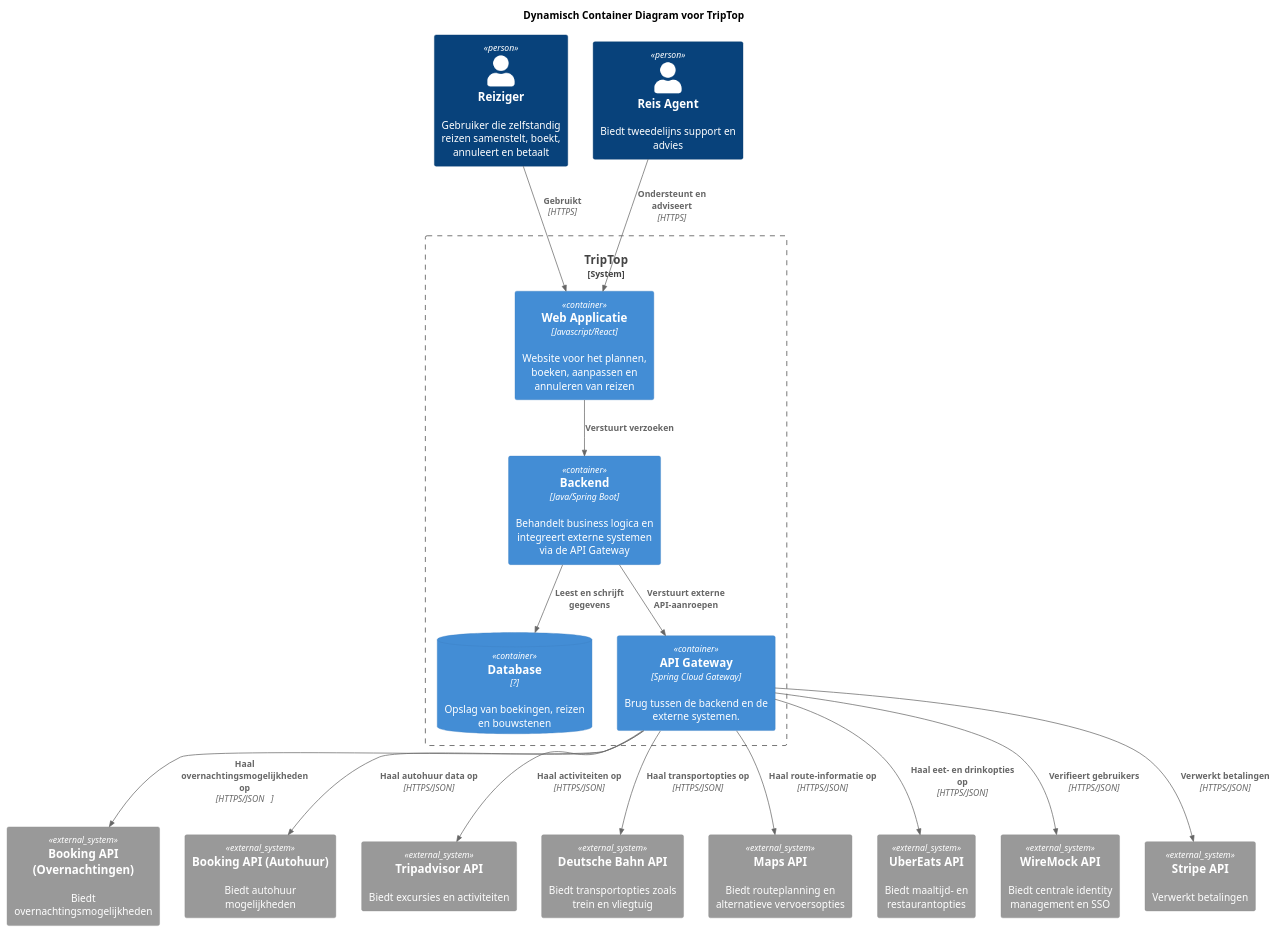
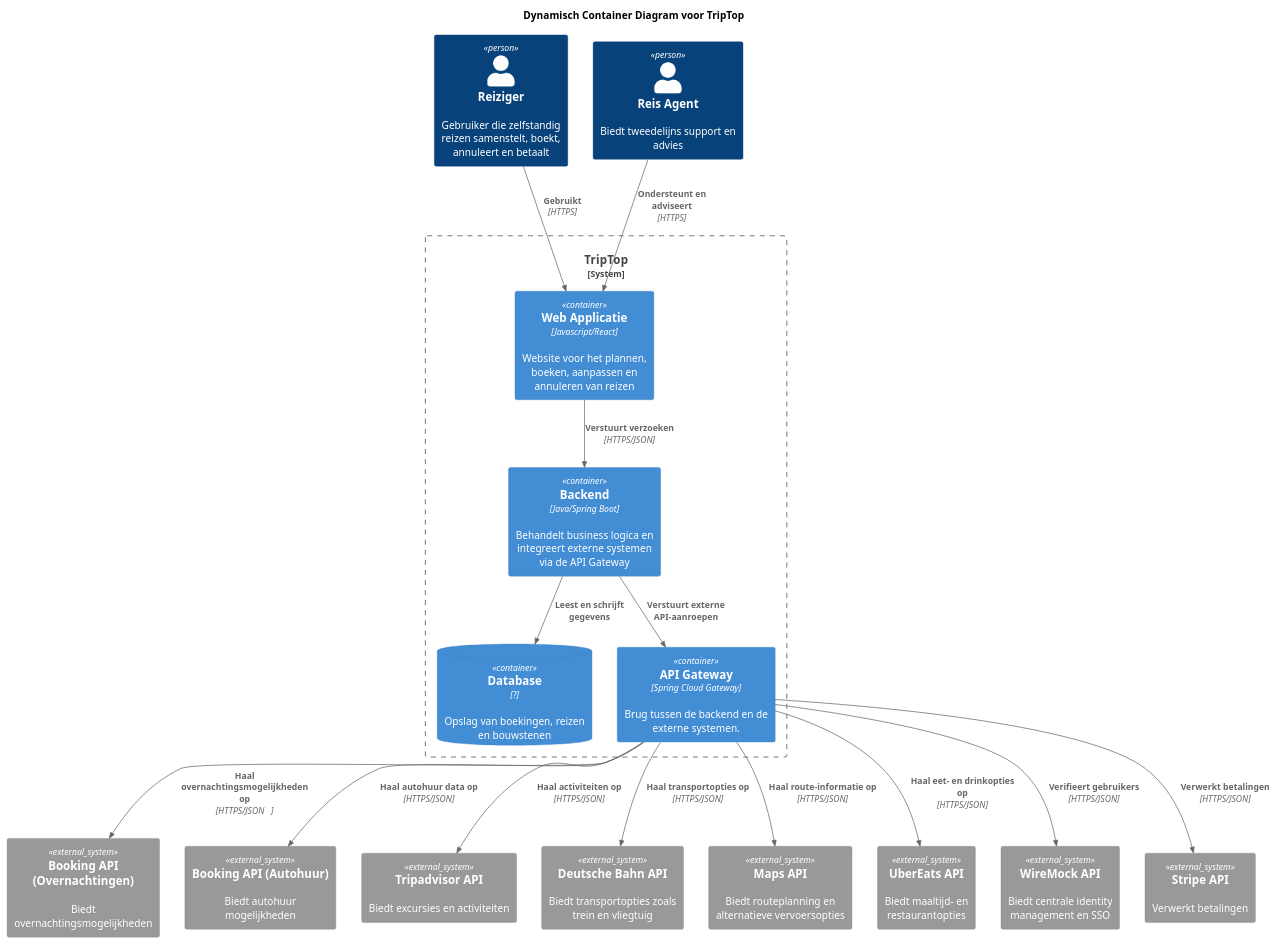
The diagram in software-guidebook/container-diagrammen/container-ahmed.puml (AIM-ENE-feb25/triptop-asas), drawn with PlantUML before and after one commit.

Commit message:
kleien fixes

```diff
--- a/software-guidebook/container-diagrammen/container-ahmed.puml
+++ b/software-guidebook/container-diagrammen/container-ahmed.puml
@@ -1,42 +1,42 @@
 @startuml
 !include https://raw.githubusercontent.com/plantuml-stdlib/C4-PlantUML/master/C4_Container.puml
 title Dynamisch Container Diagram voor TripTop
 
 Person(reiziger, "Reiziger", "Gebruiker die zelfstandig reizen samenstelt, boekt, annuleert en betaalt")
 Person(ondersteuner, "Reis Agent", "Biedt tweedelijns support en advies")
 
 System_Boundary(triptop, "TripTop") {
     Container(webApp, "Web Applicatie", "Javascript/React", "Website voor het plannen, boeken, aanpassen en annuleren van reizen")
     Container(api, "Backend", "Java/Spring Boot", "Behandelt business logica en integreert externe systemen via de API Gateway")
     ContainerDb(db, "Database", "?", "Opslag van boekingen, reizen en bouwstenen")
     Container(apiGateway, "API Gateway", "Spring Cloud Gateway", "Brug tussen de backend en de externe systemen.")
 }
 
 System_Ext(overnachtingen, "Booking API (Overnachtingen)", "Biedt overnachtingsmogelijkheden")
 System_Ext(autohuur, "Booking API (Autohuur)", "Biedt autohuur mogelijkheden")
 System_Ext(activiteiten, "Tripadvisor API", "Biedt excursies en activiteiten")
 System_Ext(vervoer1, "Deutsche Bahn API", "Biedt transportopties zoals trein en vliegtuig")
 System_Ext(vervoer2, "Maps API", "Biedt routeplanning en alternatieve vervoersopties")
 System_Ext(eten, "UberEats API", "Biedt maaltijd- en restaurantopties")
 System_Ext(identity, "WireMock API", "Biedt centrale identity management en SSO")
 System_Ext(payment, "Stripe API", "Verwerkt betalingen")
 
-Rel(reiziger, webApp, "Gebruikt", "HTTPS")
+Rel(reiziger, webApp, "Gebruikt ", "HTTPS")
 Rel(ondersteuner, webApp, "Ondersteunt en adviseert", "HTTPS")
 
-Rel(webApp, api, "Verstuurt verzoeken", "")
+Rel(webApp, api, "Verstuurt verzoeken", "HTTPS/JSON")
 Rel(api, db, "Leest en schrijft gegevens", "")
 Rel(api, apiGateway, "Verstuurt externe API-aanroepen", "")
 
 Rel(apiGateway, overnachtingen, "Haal overnachtingsmogelijkheden op", "HTTPS/JSON   ")
 Rel(apiGateway, autohuur, "Haal autohuur data op", "HTTPS/JSON")
 Rel(apiGateway, activiteiten, "Haal activiteiten op", "HTTPS/JSON")
 Rel(apiGateway, vervoer1, "Haal transportopties op", "HTTPS/JSON")
 Rel(apiGateway, vervoer2, "Haal route-informatie op", "HTTPS/JSON")
 Rel(apiGateway, eten, "Haal eet- en drinkopties op", "HTTPS/JSON")
 Rel(apiGateway, identity, "Verifieert gebruikers", "HTTPS/JSON")
 Rel(apiGateway, payment, "Verwerkt betalingen", "HTTPS/JSON")
 
 
 
 @enduml
```
